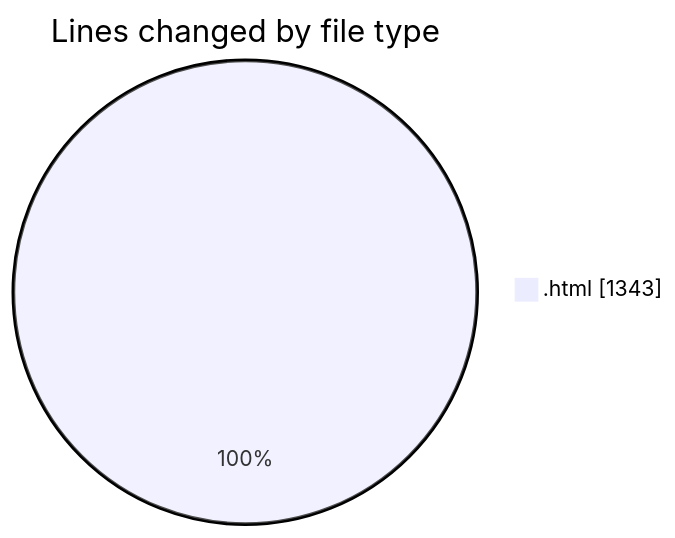
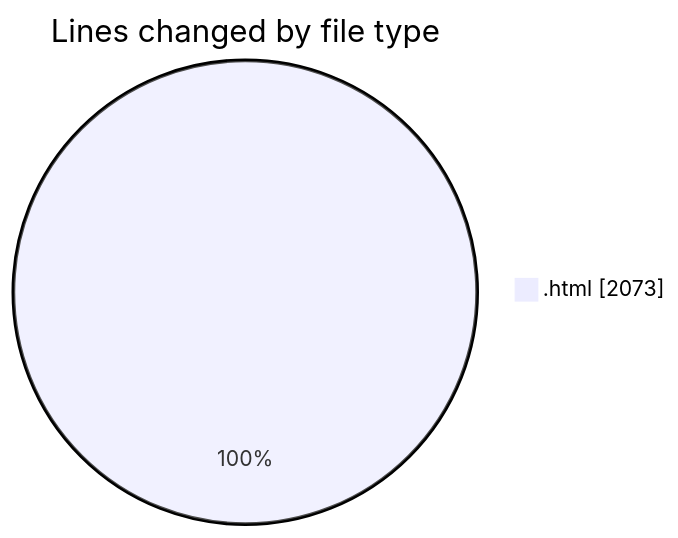
One commit to nxtqubesakshisongat/code-tracking changed the first of 2 diagrams in 2025-08-08/nxtqube_webapp/README.md. Above: the diagram before and after it, drawn with Mermaid. The commit also changed other lines of this file and 1 other file, not shown here.

````diff
--- a/2025-08-08/nxtqube_webapp/README.md
+++ b/2025-08-08/nxtqube_webapp/README.md
@@ -20,5 +20,5 @@
 ```mermaid
 pie showData
 title Lines changed by file type
-".html" : 1343
+".html" : 2073
 ```
````
